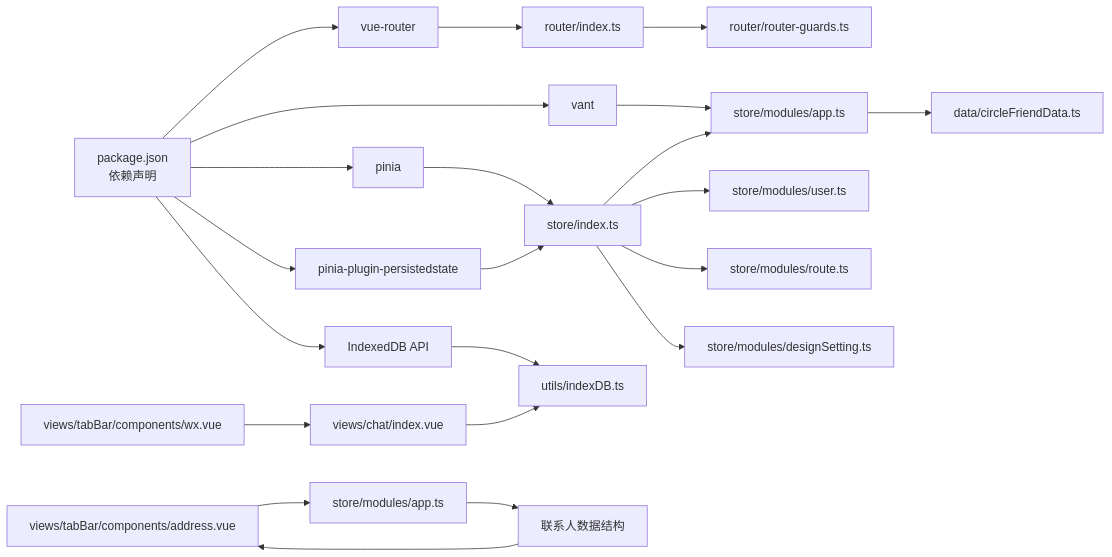
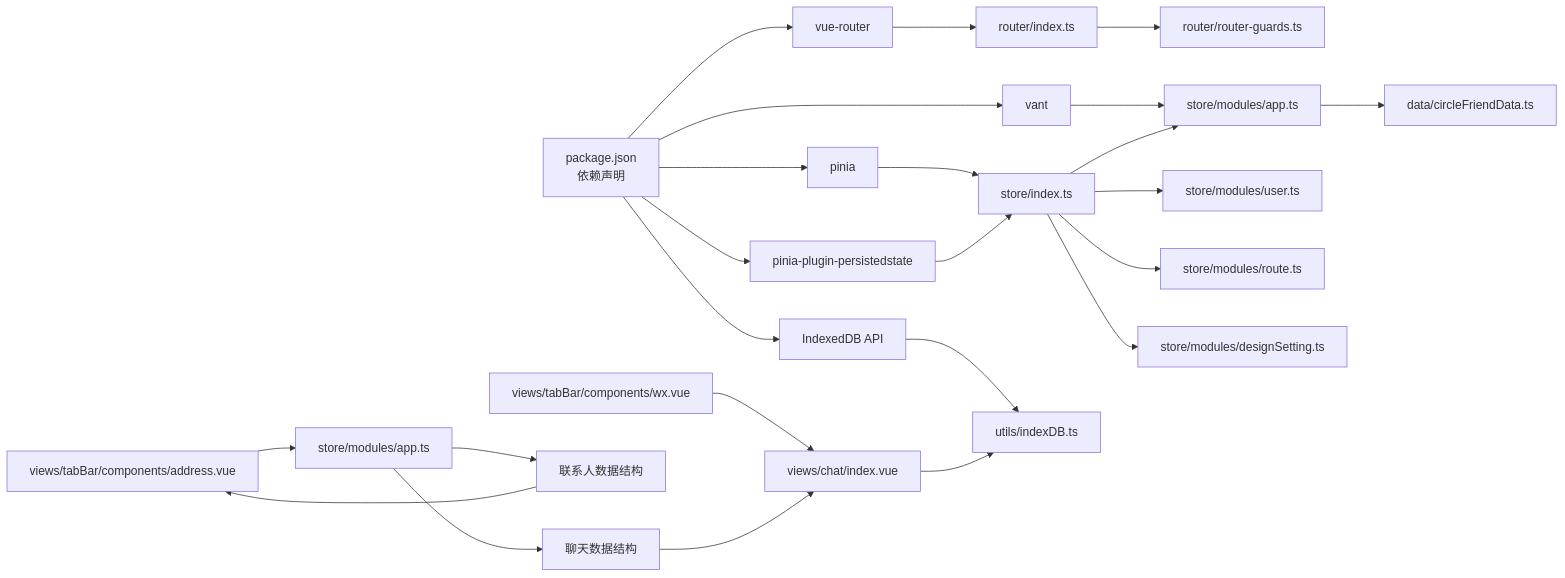
One commit to giserman001/vue3-vant4-mobile changed diagram 11 of 11 in .qoder/repowiki/zh/content/核心系统/状态管理系统/状态管理系统.md. Above: the diagram before and after it, drawn with Mermaid. The commit also changed other lines of this file and 13 other files, not shown here.

````diff
--- a/.qoder/repowiki/zh/content/核心系统/状态管理系统/状态管理系统.md
+++ b/.qoder/repowiki/zh/content/核心系统/状态管理系统/状态管理系统.md
@@ -624,24 +676,26 @@
 ```mermaid
 graph LR
 PACKAGE["package.json<br/>依赖声明"] --> PINIA["pinia"]
 PACKAGE --> PERSIST["pinia-plugin-persistedstate"]
 PACKAGE --> ROUTER["vue-router"]
 PACKAGE --> VANT["vant"]
 PACKAGE --> INDEXEDDB["IndexedDB API"]
 PINIA --> STORE["store/index.ts"]
 PERSIST --> STORE
 ROUTER --> ROUTERIDX["router/index.ts"]
 ROUTERIDX --> GUARDS["router/router-guards.ts"]
 VANT --> APP["App.vue"]
 INDEXEDDB --> INDEXEDDBUTIL["utils/indexDB.ts"]
 STORE --> USER["store/modules/user.ts"]
 STORE --> ROUTE["store/modules/route.ts"]
 STORE --> APP["store/modules/app.ts"]
 STORE --> DESIGN["store/modules/designSetting.ts"]
 APP --> CIRCLEFRIEND["data/circleFriendData.ts"]
 CHATVIEW["views/chat/index.vue"] --> INDEXEDDBUTIL
 ADDRESSVIEW["views/tabBar/components/address.vue"] --> APPSTORE["store/modules/app.ts"]
 TABBAR["views/tabBar/components/wx.vue"] --> CHATVIEW
 APPSTORE --> CONTACTDATA["联系人数据结构"]
 CONTACTDATA --> ADDRESSVIEW
+APPSTORE --> CHATDATA["聊天数据结构"]
+CHATDATA --> CHATVIEW
 ```
````
